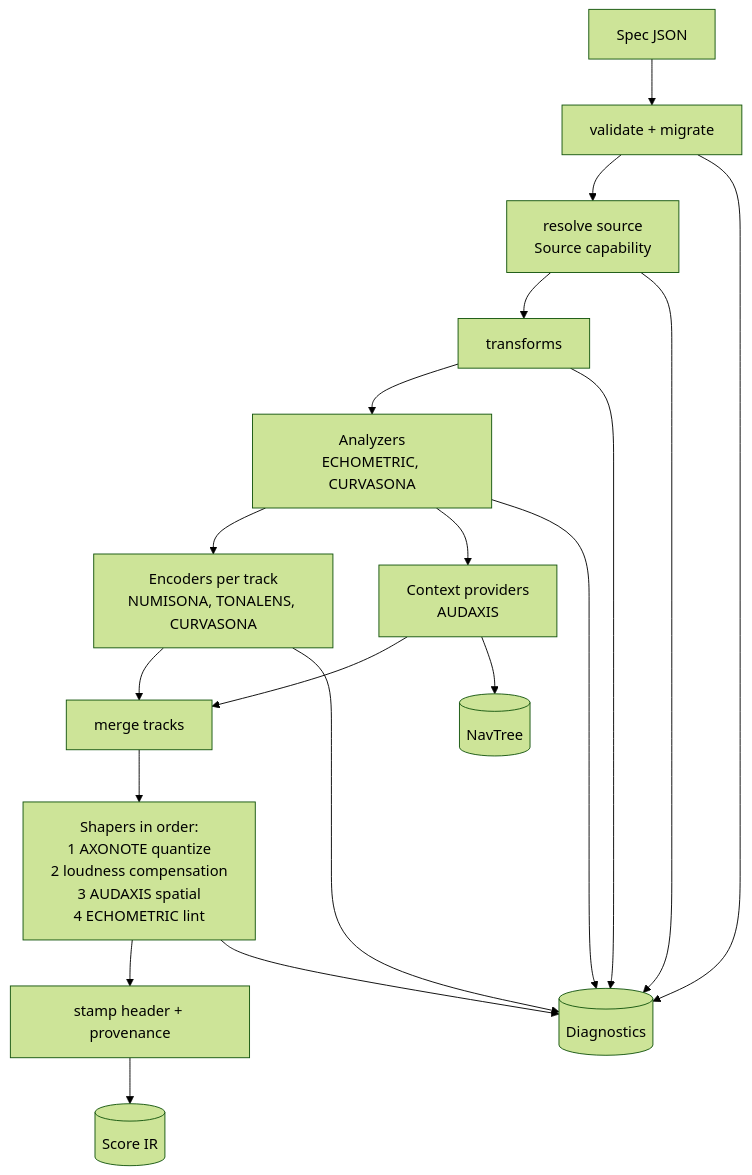
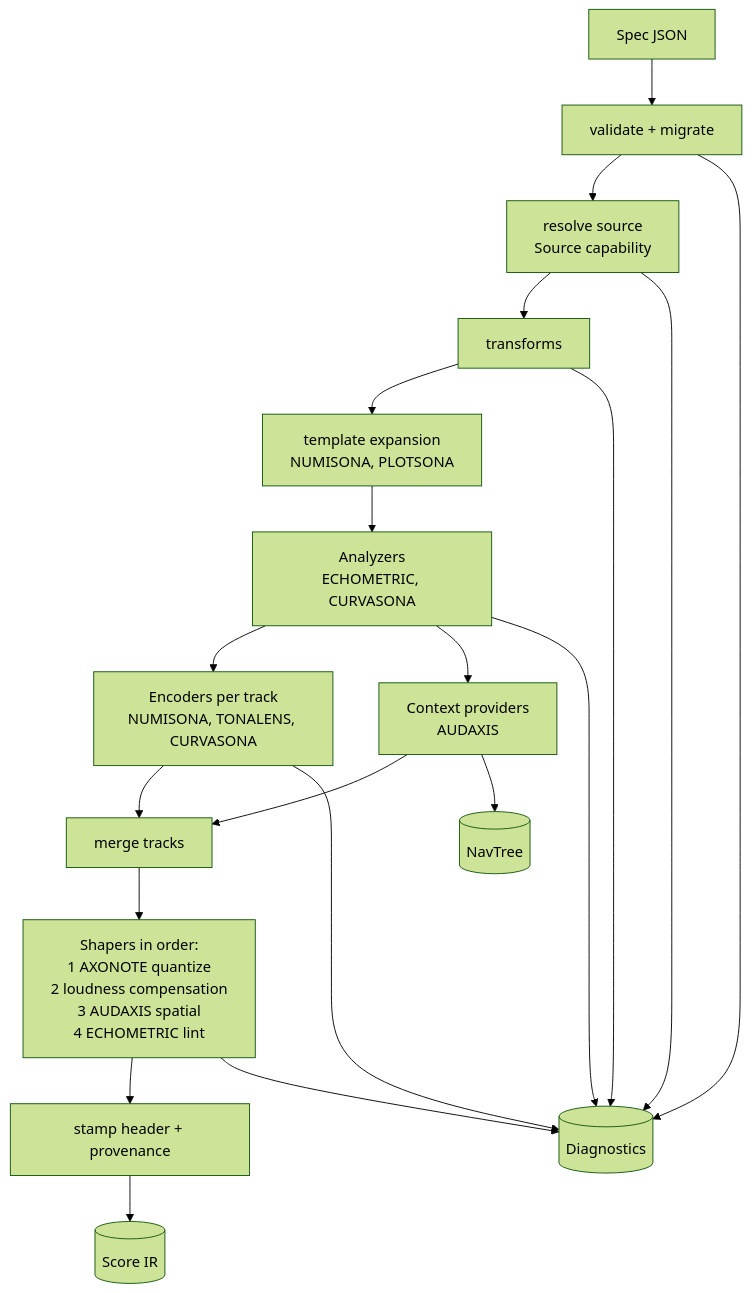
The diagram in docs/architecture/05-compiler-and-score-ir.md (DuhItzAniket/SONARITHM), drawn with Mermaid (forest theme) before and after one commit. The commit also changed other lines of this file and 32 other files, not shown here.

First line of the commit message:
feat(plotsona): compile chart-type templates through the template key

````diff
--- a/docs/architecture/05-compiler-and-score-ir.md
+++ b/docs/architecture/05-compiler-and-score-ir.md
@@ -22,16 +22,17 @@
 ```mermaid
 flowchart TB
   S[Spec JSON] --> V[validate + migrate]
   V --> R[resolve source<br/>Source capability]
   R --> T[transforms]
-  T --> A[Analyzers<br/>ECHOMETRIC, CURVASONA]
+  T --> TP[template expansion<br/>NUMISONA, PLOTSONA]
+  TP --> A[Analyzers<br/>ECHOMETRIC, CURVASONA]
   A --> E[Encoders per track<br/>NUMISONA, TONALENS, CURVASONA]
   A --> C[Context providers<br/>AUDAXIS]
   E --> M[merge tracks]
   C --> M
   M --> SH[Shapers in order:<br/>1 AXONOTE quantize<br/>2 loudness compensation<br/>3 AUDAXIS spatial<br/>4 ECHOMETRIC lint]
   SH --> H[stamp header + provenance]
   H --> OUT[(Score IR)]
   C --> NAV[(NavTree)]
   V & R & T & A & E & SH --> D[(Diagnostics)]
 ```
````
